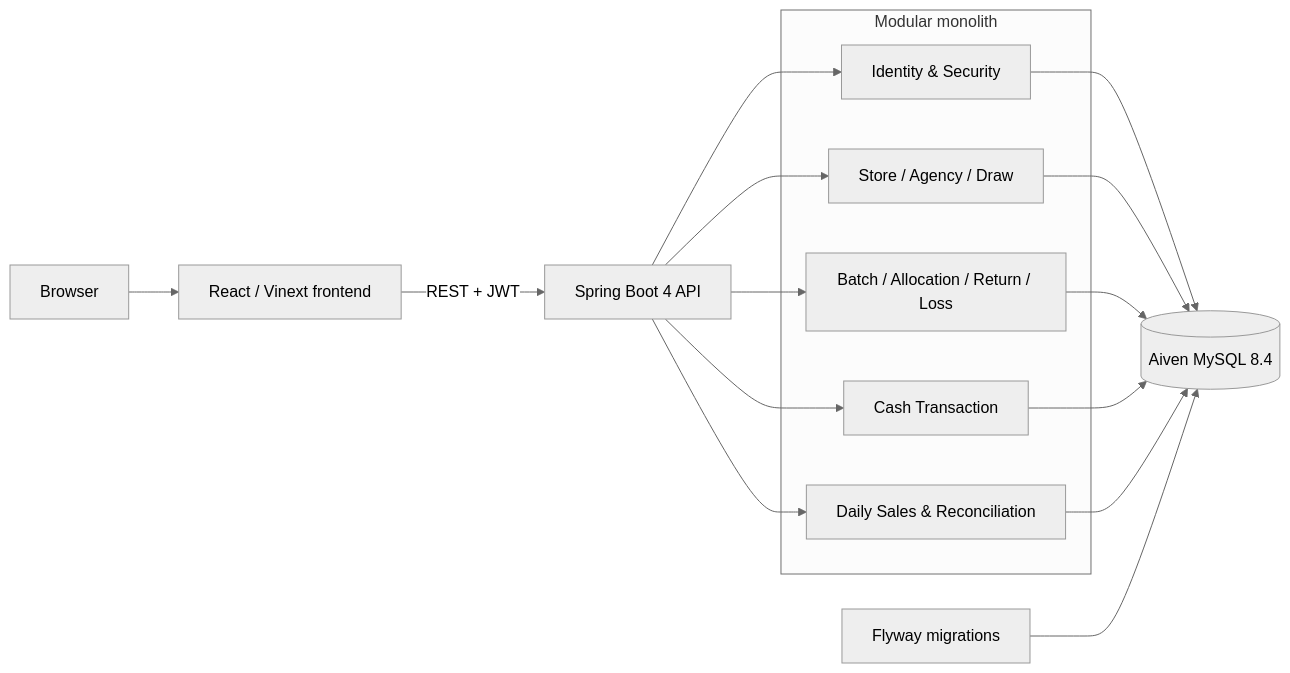
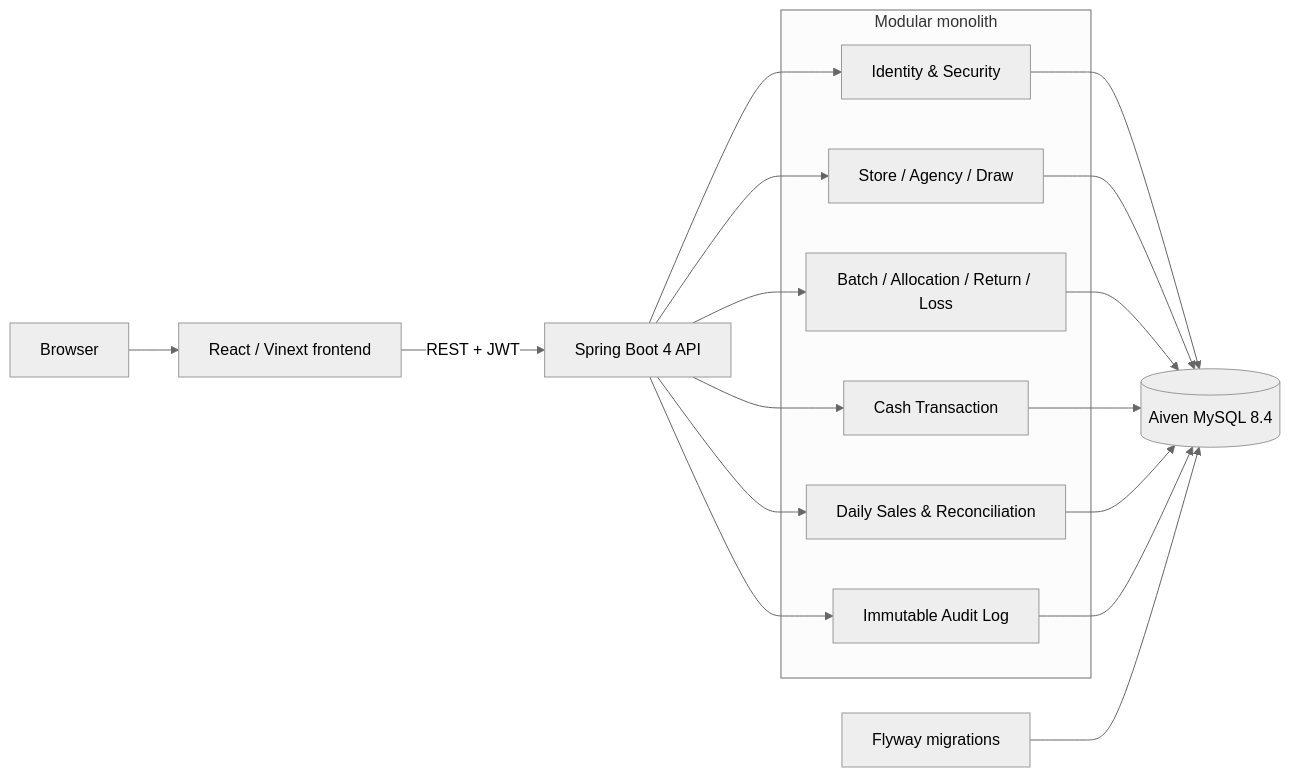
The first of 3 diagrams in README.md (Tam-Lottery-Retail/TamLottery), drawn with Mermaid (neutral theme) before and after one commit. The commit also changed other lines of this file and 24 other files, not shown here.

Commit message:
feat: add audit log

````diff
--- a/README.md
+++ b/README.md
@@ -24,26 +25,29 @@
 ```mermaid
 flowchart LR
     Browser["Browser"] --> Frontend["React / Vinext frontend"]
     Frontend -->|"REST + JWT"| API["Spring Boot 4 API"]
 
     subgraph Backend["Modular monolith"]
         Identity["Identity & Security"]
         MasterData["Store / Agency / Draw"]
         Inventory["Batch / Allocation / Return / Loss"]
         Cash["Cash Transaction"]
         Reconciliation["Daily Sales & Reconciliation"]
+        Audit["Immutable Audit Log"]
     end
 
     API --> Identity
     API --> MasterData
     API --> Inventory
     API --> Cash
     API --> Reconciliation
+    API --> Audit
 
     Identity --> Database[("Aiven MySQL 8.4")]
     MasterData --> Database
     Inventory --> Database
     Cash --> Database
     Reconciliation --> Database
+    Audit --> Database
     Flyway["Flyway migrations"] --> Database
 ```
````
